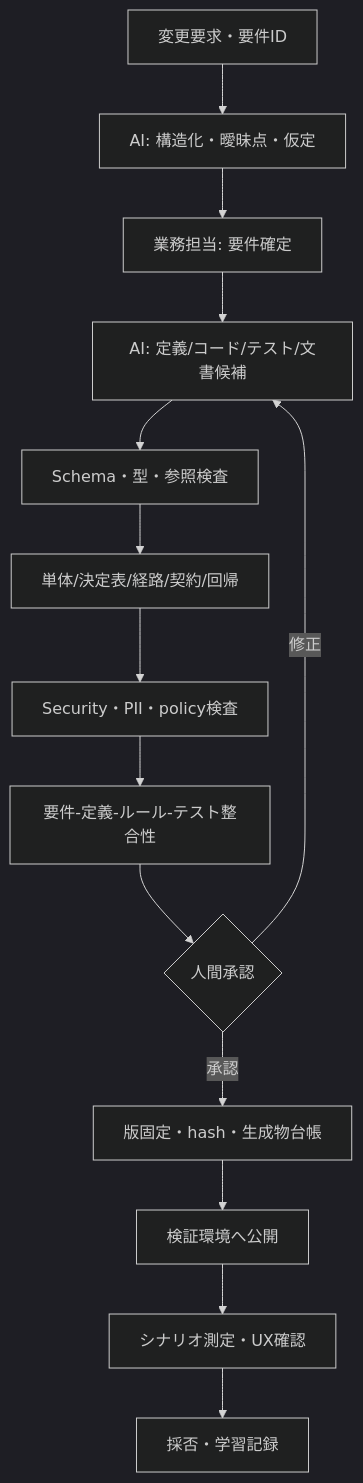
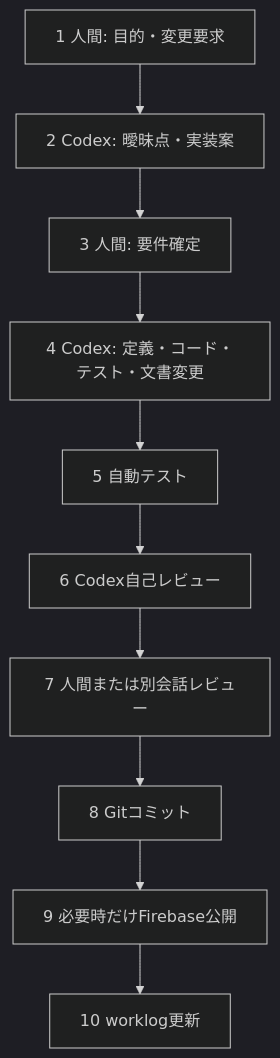
The diagram in docs/09_ai_development_workflow.md (tatsumasanakamura-max/Platform), drawn with Mermaid (dark theme) before and after one commit. The commit also changed other lines of this file and 16 other files, not shown here.

````diff
--- a/docs/09_ai_development_workflow.md
+++ b/docs/09_ai_development_workflow.md
@@ -5,16 +5,12 @@
 ```mermaid
 flowchart TD
-  CR[変更要求・要件ID] --> STR[AI: 構造化・曖昧点・仮定]
-  STR --> BR[業務担当: 要件確定]
-  BR --> GEN[AI: 定義/コード/テスト/文書候補]
-  GEN --> SCHEMA[Schema・型・参照検査]
-  SCHEMA --> TEST[単体/決定表/経路/契約/回帰]
-  TEST --> SEC[Security・PII・policy検査]
-  SEC --> TRACE[要件-定義-ルール-テスト整合性]
-  TRACE --> REVIEW{人間承認}
-  REVIEW -->|修正| GEN
-  REVIEW -->|承認| SIGN[版固定・hash・生成物台帳]
-  SIGN --> DEPLOY[検証環境へ公開]
-  DEPLOY --> EVAL[シナリオ測定・UX確認]
-  EVAL --> DECIDE[採否・学習記録]
+  H[1 人間: 目的・変更要求] --> C1[2 Codex: 曖昧点・実装案]
+  C1 --> H2[3 人間: 要件確定]
+  H2 --> C2[4 Codex: 定義・コード・テスト・文書変更]
+  C2 --> T[5 自動テスト]
+  T --> C3[6 Codex自己レビュー]
+  C3 --> R[7 人間または別会話レビュー]
+  R --> G[8 Gitコミット]
+  G --> D[9 必要時だけFirebase公開]
+  D --> W[10 worklog更新]
 ```
````
